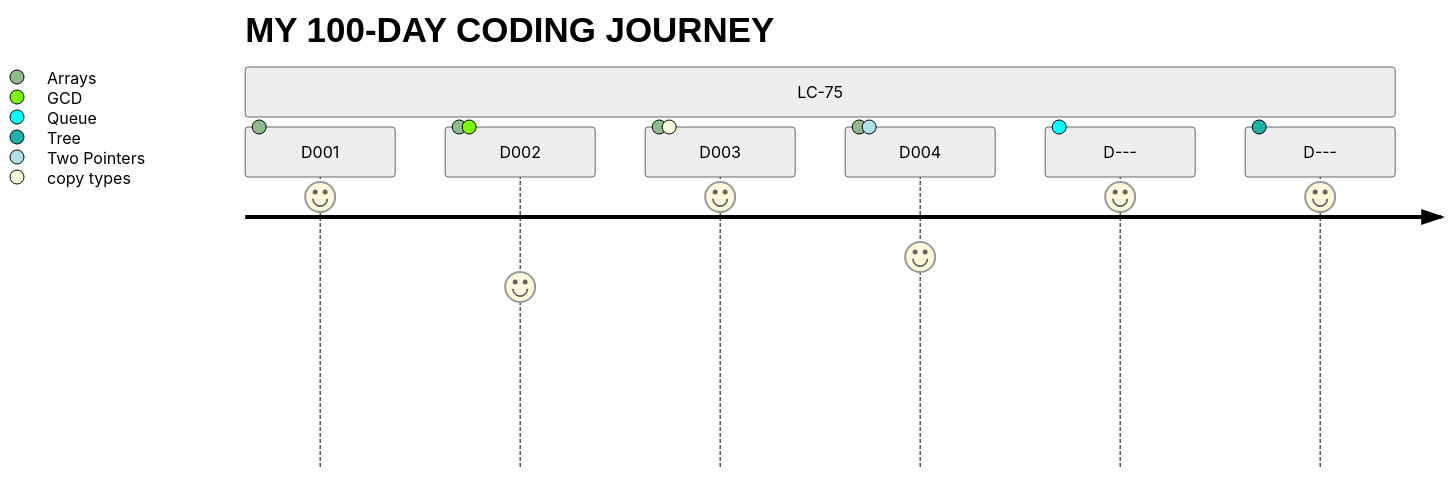
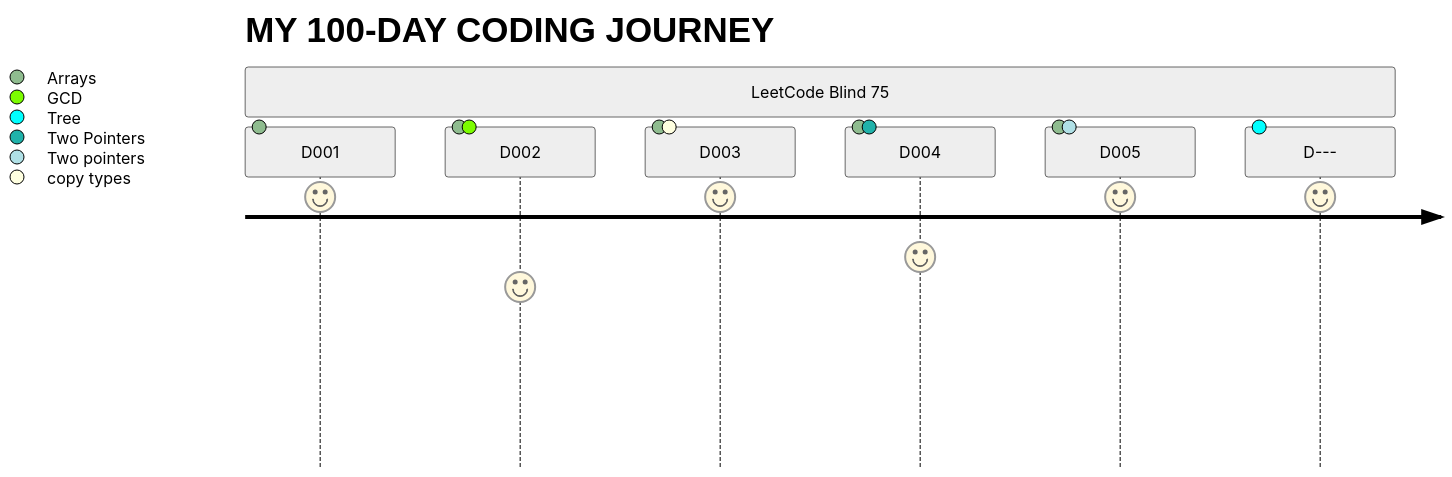
The diagram in log.md (Edddush/100-days-of-code), drawn with Mermaid (neutral theme) before and after one commit. The commit also changed other lines of this file, not shown here.

````diff
--- a/log.md
+++ b/log.md
@@ -3,11 +3,11 @@
 ```mermaid
 journey
     title MY 100-DAY CODING JOURNEY
-    section LC-75
+    section LeetCode Blind 75
       D001: 9: Arrays
       D002: 6: Arrays, GCD
       D003: 9: Arrays, copy types
       D004: 7: Arrays, Two Pointers
-      D---: 9: Queue
+      D005: 9: Arrays, Two pointers
       D---: 9: Tree
 ```
````
